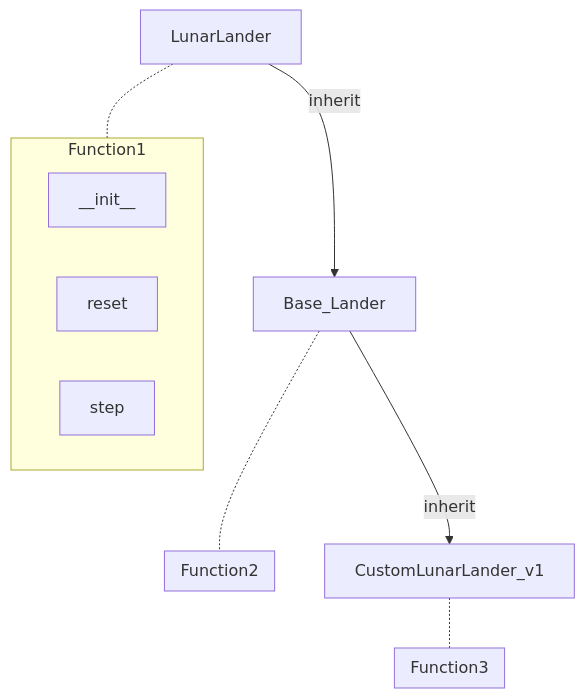
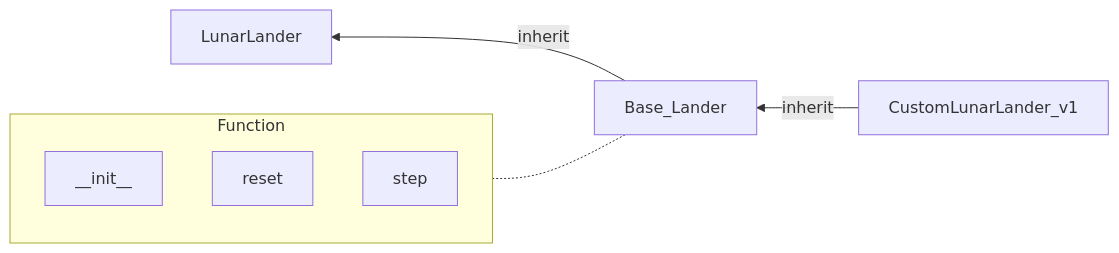
One commit to uwe77/oop_lab10 changed the diagram in README.md. Above: the diagram before and after it, drawn with Mermaid. The commit also changed other lines of this file and 4 other files, not shown here.

````diff
--- a/README.md
+++ b/README.md
@@ -5,23 +5,13 @@
 ```mermaid
-graph
-    subgraph Function1
+graph RL
+    subgraph Function
         __init__
         reset
         step
     end
-    subgraph Function2
-        __init__
-        reset
-        step
-    end
-    subgraph Function3
-        __init__
-        reset
-        step
-    end
-    id1[LunarLander]--inherit-->id2[Base_Lander]--inherit-->id3[CustomLunarLander_v1]
-    id1-.-Function1
-    id2-.-Function2
-    id3-.-Function3
-
+    id1[LunarLander]
+    id2[Base_Lander]
+    id3[CustomLunarLander_v1]
+    id2-.-Function
+    id3--inherit-->id2--inherit-->id1
 ```
````
